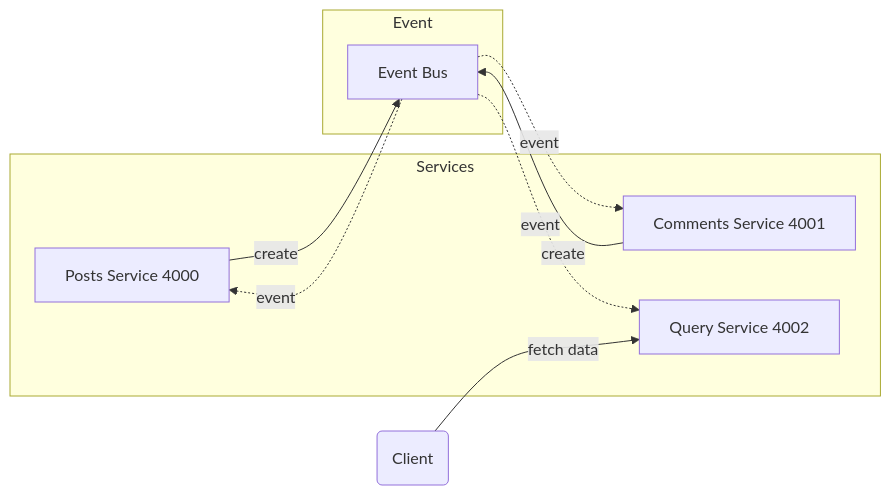
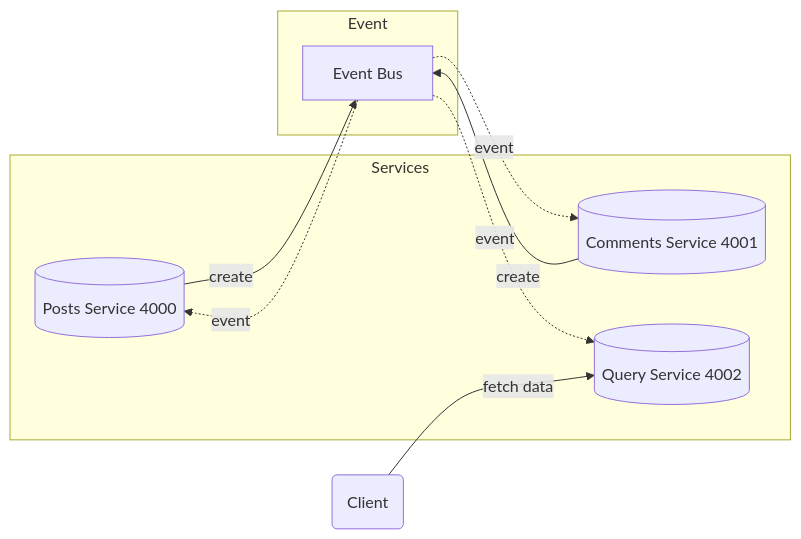
One commit to bstLearning/microservice-blog changed the second of 4 diagrams in README.md. Above: the diagram before and after it, drawn with Mermaid. The commit also changed other lines of this file, not shown here.

Commit message:
docs: update mermaid graph

````diff
--- a/README.md
+++ b/README.md
@@ -18,15 +26,16 @@
 ```mermaid
 graph LR
     subgraph Services
-    A[Posts Service 4000]
-    B[Comments Service 4001]
-    C[Query Service 4002]
+    A[(Posts Service 4000)]
+    B[(Comments Service 4001)]
+    C[(Query Service 4002)]
     end
     subgraph Event
     D[Event Bus]
     end
     A --> |create|D
     B --> |create| D
     D -.-> |event|A & B & C 
     E(Client) --> |fetch data|C
+
 ```
````
